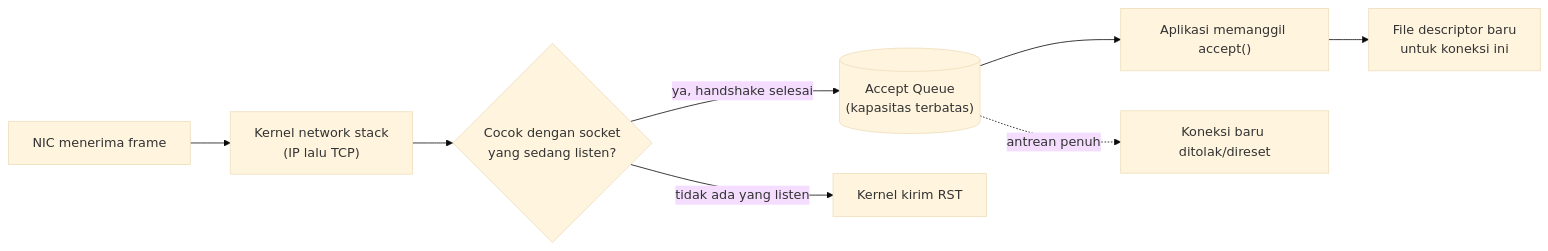
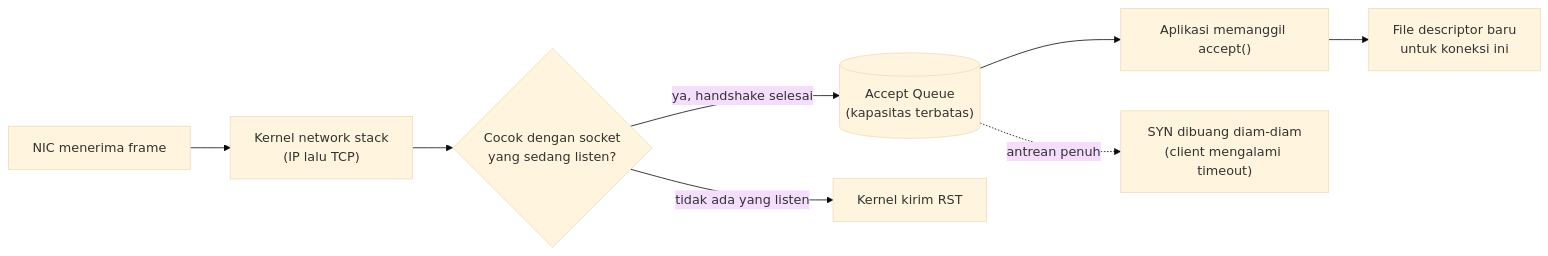
One commit to firmanains/backend-engineering-vault changed the diagram in 10 Foundations/How An OS Handles Network Connections.md. Above: the diagram before and after it, drawn with Mermaid (base theme). The commit also changed other lines of this file and 18 other files, not shown here.

````diff
--- a/10 Foundations/How An OS Handles Network Connections.md
+++ b/10 Foundations/How An OS Handles Network Connections.md
@@ -43,10 +43,10 @@
 ```mermaid
 flowchart LR
     NIC["NIC menerima frame"] --> Stack["Kernel network stack\n(IP lalu TCP)"]
     Stack --> Match{"Cocok dengan socket\nyang sedang listen?"}
     Match -->|"ya, handshake selesai"| Queue[("Accept Queue\n(kapasitas terbatas)")]
     Match -->|"tidak ada yang listen"| Reset["Kernel kirim RST"]
     Queue --> Accept["Aplikasi memanggil accept()"]
     Accept --> FD["File descriptor baru\nuntuk koneksi ini"]
-    Queue -.->|"antrean penuh"| Drop["Koneksi baru ditolak/direset"]
+    Queue -.->|"antrean penuh"| Drop["SYN dibuang diam-diam\n(client mengalami timeout)"]
 ```
````
